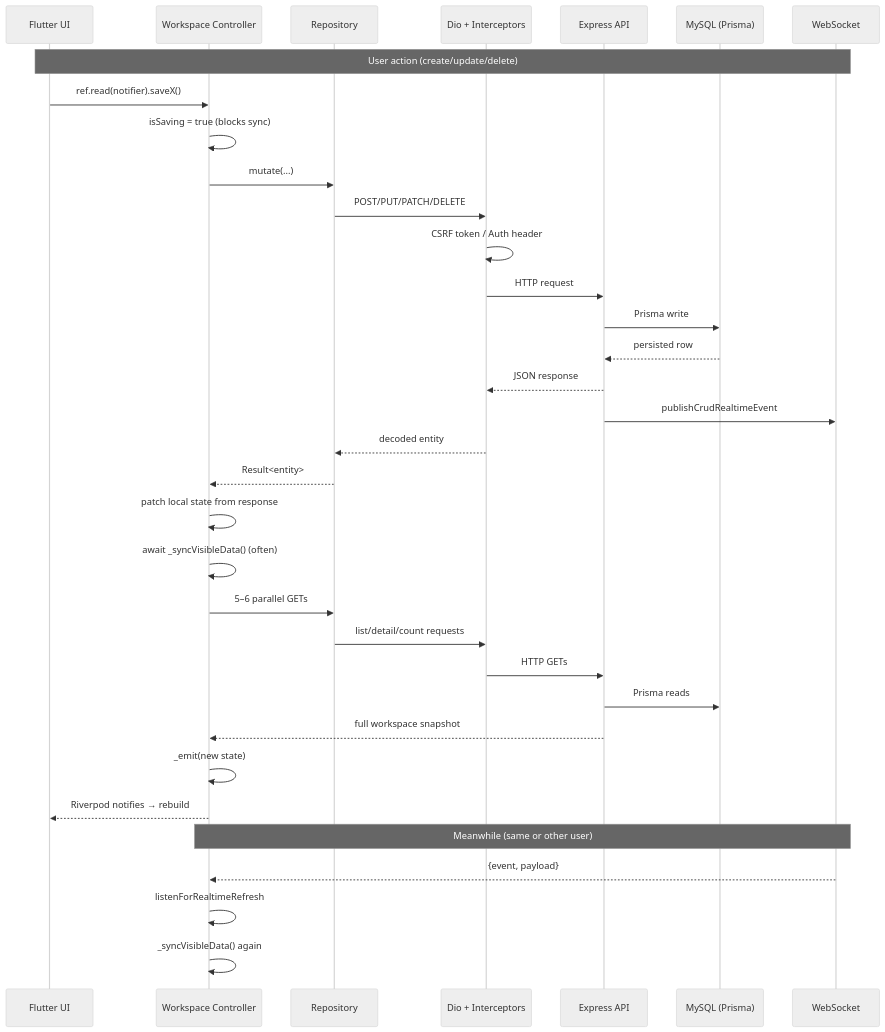
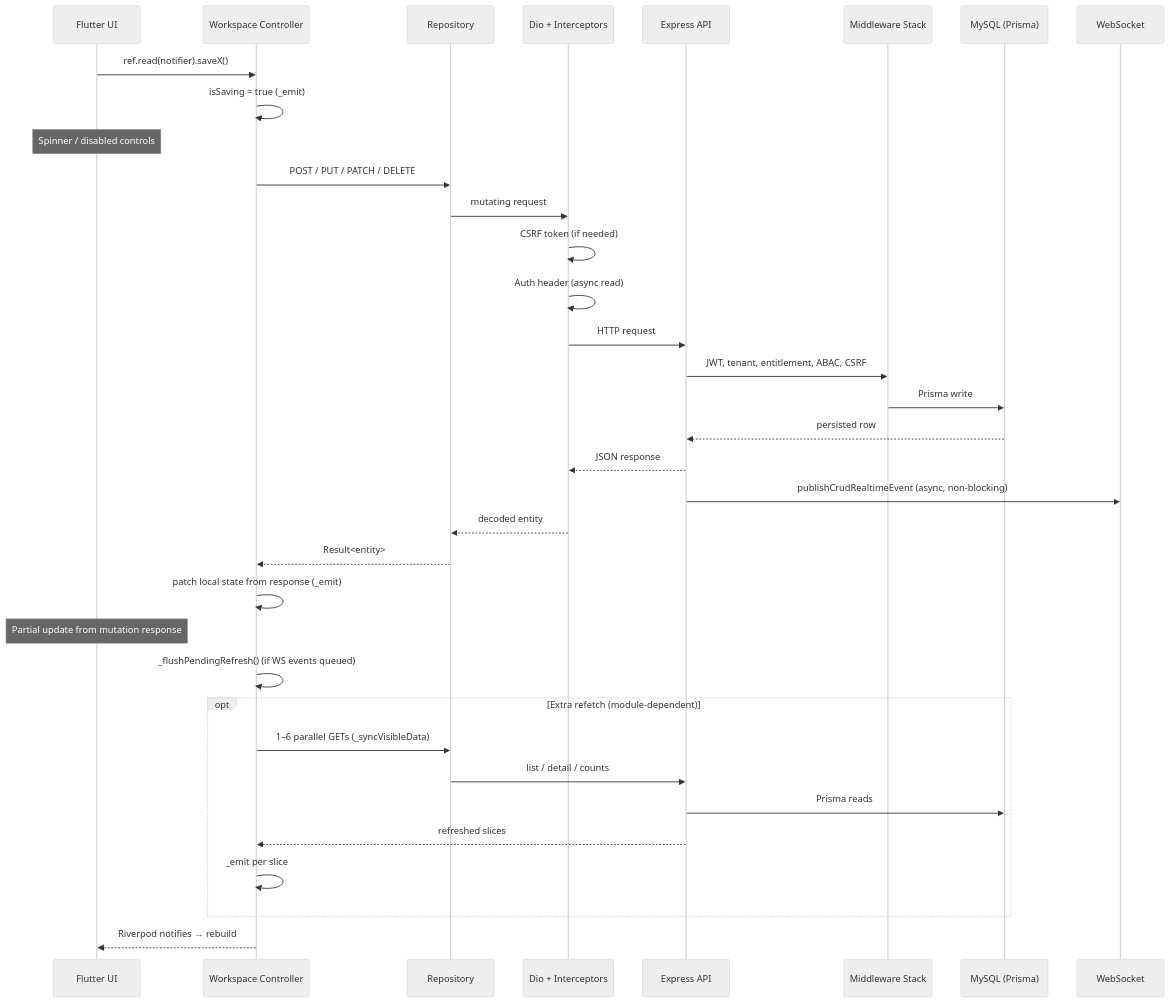
One commit to WASSWA2624/hms-flutter-expressjs changed the first of 3 diagrams in prompt.md. Above: the diagram before and after it, drawn with Mermaid (neutral theme). The commit also changed other lines of this file and 7 other files, not shown here.

First line of the commit message:
Implement Realtime Delta Handling and Workspace Sync Engine

````diff
--- a/prompt.md
+++ b/prompt.md
@@ -24,38 +26,38 @@
 ```mermaid
 sequenceDiagram
     participant UI as Flutter UI
     participant Ctrl as Workspace Controller
     participant Repo as Repository
     participant Dio as Dio + Interceptors
     participant API as Express API
+    participant MW as Middleware Stack
     participant DB as MySQL (Prisma)
     participant WS as WebSocket
 
-    Note over UI,WS: User action (create/update/delete)
     UI->>Ctrl: ref.read(notifier).saveX()
-    Ctrl->>Ctrl: isSaving = true (blocks sync)
-    Ctrl->>Repo: mutate(...)
-    Repo->>Dio: POST/PUT/PATCH/DELETE
-    Dio->>Dio: CSRF token / Auth header
+    Ctrl->>Ctrl: isSaving = true (_emit)
+    Note over UI: Spinner / disabled controls
+    Ctrl->>Repo: POST / PUT / PATCH / DELETE
+    Repo->>Dio: mutating request
+    Dio->>Dio: CSRF token (if needed)
+    Dio->>Dio: Auth header (async read)
     Dio->>API: HTTP request
-    API->>DB: Prisma write
+    API->>MW: JWT, tenant, entitlement, ABAC, CSRF
+    MW->>DB: Prisma write
     DB-->>API: persisted row
     API-->>Dio: JSON response
-    API->>WS: publishCrudRealtimeEvent
+    API->>WS: publishCrudRealtimeEvent (async, non-blocking)
     Dio-->>Repo: decoded entity
     Repo-->>Ctrl: Result<entity>
-    Ctrl->>Ctrl: patch local state from response
-    Ctrl->>Ctrl: await _syncVisibleData() (often)
-    Ctrl->>Repo: 5–6 parallel GETs
-    Repo->>Dio: list/detail/count requests
-    Dio->>API: HTTP GETs
-    API->>DB: Prisma reads
-    API-->>Ctrl: full workspace snapshot
-    Ctrl->>Ctrl: _emit(new state)
+    Ctrl->>Ctrl: patch local state from response (_emit)
+    Note over UI: Partial update from mutation response
+    Ctrl->>Ctrl: _flushPendingRefresh() (if WS events queued)
+    opt Extra refetch (module-dependent)
+        Ctrl->>Repo: 1–6 parallel GETs (_syncVisibleData)
+        Repo->>API: list / detail / counts
+        API->>DB: Prisma reads
+        API-->>Ctrl: refreshed slices
+        Ctrl->>Ctrl: _emit per slice
+    end
     Ctrl-->>UI: Riverpod notifies → rebuild
-
-    Note over WS,Ctrl: Meanwhile (same or other user)
-    WS-->>Ctrl: {event, payload}
-    Ctrl->>Ctrl: listenForRealtimeRefresh
-    Ctrl->>Ctrl: _syncVisibleData() again
 ```
````
